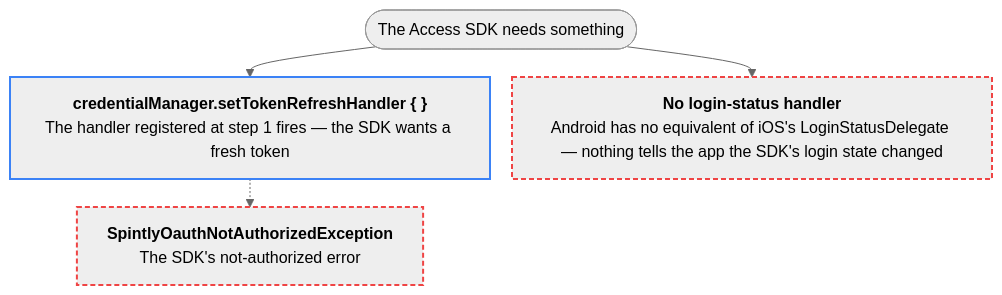
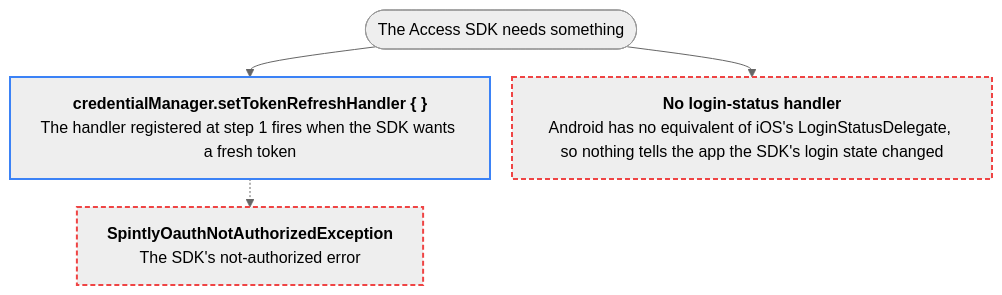
The ninth of 11 diagrams in docs/user-onboarding.md (Yash-Wadatkar-Binaryveda/sdk-docs-site), drawn with Mermaid (neutral theme) before and after one commit. The commit also changed other lines of this file and 3 other files, not shown here.

````diff
--- a/docs/user-onboarding.md
+++ b/docs/user-onboarding.md
@@ -253,14 +253,14 @@
     ```mermaid
     %%{init:{"flowchart":{"wrappingWidth":420,"nodeSpacing":22,"rankSpacing":28}}}%%
     flowchart TD
         S(["The Access SDK needs something"]) --> T1
-        T1["<b>credentialManager.setTokenRefreshHandler { }</b><br/>The handler registered at step 1 fires — the SDK wants a fresh token"]
+        T1["<b>credentialManager.setTokenRefreshHandler { }</b><br/>The handler registered at step 1 fires when the SDK wants a fresh token"]
         T1 -.-> F["<b>SpintlyOauthNotAuthorizedException</b><br/>The SDK's not-authorized error"]
-        S --> NA["<b>No login-status handler</b><br/>Android has no equivalent of iOS's LoginStatusDelegate — nothing tells the app the SDK's login state changed"]
+        S --> NA["<b>No login-status handler</b><br/>Android has no equivalent of iOS's LoginStatusDelegate, so nothing tells the app the SDK's login state changed"]
 
         classDef sdkAccess stroke:#3b82f6,stroke-width:2px
         classDef fail stroke:#ef4444,stroke-width:2px,stroke-dasharray:5 3
         class T1 sdkAccess
         class F fail
         class NA fail
     ```
````
